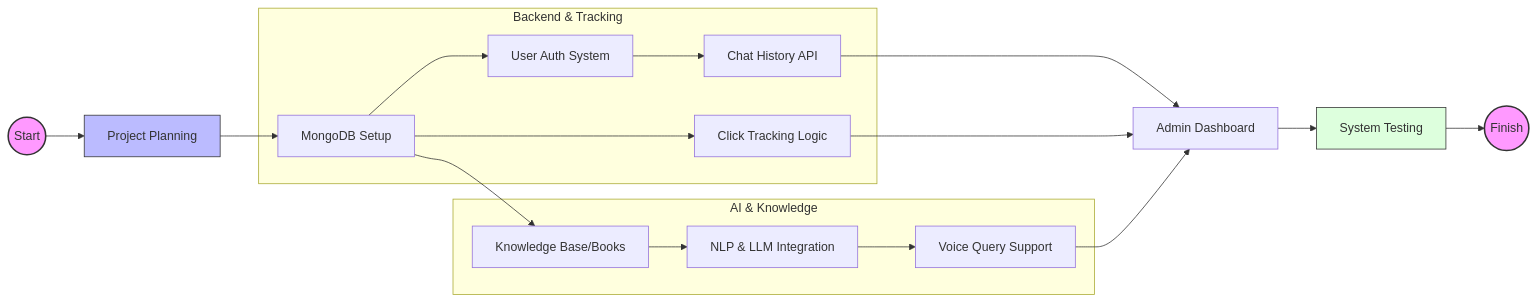
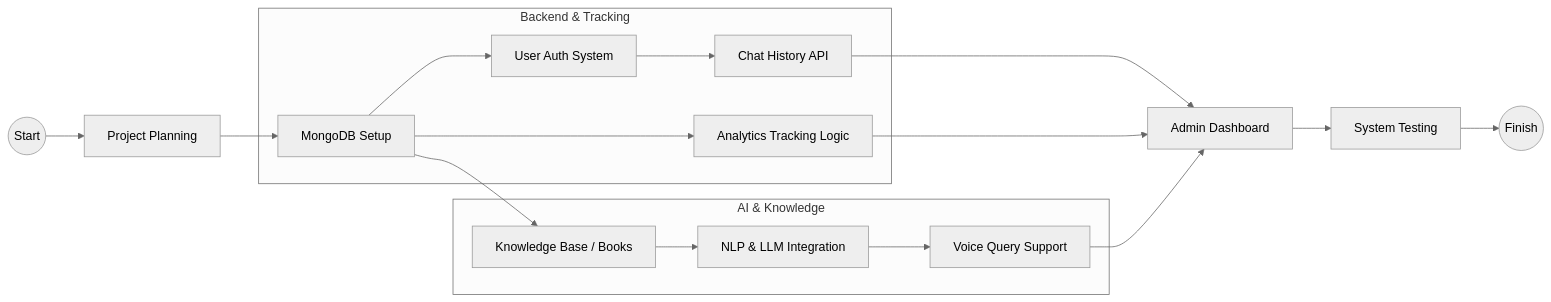
The diagram in MCA_Synopsis-diagram/REPORT/PERT/PERT_CHART.mmd (Rohitprj/Problem-Solving), drawn with Mermaid before and after one commit. The commit also changed 13 other files, not shown here.

First line of the commit message:
Add Use Case Diagram for Spiritual AI Chat Bot System

```diff
--- a/MCA_Synopsis-diagram/REPORT/PERT/PERT_CHART.mmd
+++ b/MCA_Synopsis-diagram/REPORT/PERT/PERT_CHART.mmd
@@ -1,34 +1,58 @@
+%% graph LR
+%%     %% Start Node
+%%     START((Start)) --> PLAN[Project Planning]
+    
+%%     %% Planning to Database
+%%     PLAN --> DB[MongoDB Setup]
+    
+%%     %% Parallel Development Paths
+%%     subgraph Development_Module [Backend & Tracking]
+%%     DB --> AUTH[User Auth System]
+%%     DB --> CLICK[Click Tracking Logic]
+%%     AUTH --> CHAT_API[Chat History API]
+%%     end
+
+%%     subgraph AI_Engine [AI & Knowledge]
+%%     DB --> KB[Knowledge Base/Books]
+%%     KB --> NLP[NLP & LLM Integration]
+%%     NLP --> VOICE[Voice Query Support]
+%%     end
+
+%%     %% Consolidation into Admin
+%%     CHAT_API --> ADMIN[Admin Dashboard]
+%%     CLICK --> ADMIN
+%%     VOICE --> ADMIN
+
+%%     %% Final Phases
+%%     ADMIN --> TEST[System Testing]
+%%     TEST --> END((Finish))
+
+%%     %% Styling
+%%     style START fill:#f9f,stroke:#333,stroke-width:2px
+%%     style END fill:#f9f,stroke:#333,stroke-width:2px
+%%     style PLAN fill:#bbf,stroke:#333
+%%     style TEST fill:#dfd,stroke:#333
+
+%%{init: {"theme":"neutral"}}%%
 graph LR
-    %% Start Node
     START((Start)) --> PLAN[Project Planning]
-    
-    %% Planning to Database
     PLAN --> DB[MongoDB Setup]
-    
-    %% Parallel Development Paths
+
     subgraph Development_Module [Backend & Tracking]
     DB --> AUTH[User Auth System]
-    DB --> CLICK[Click Tracking Logic]
+    DB --> TRACK[Analytics Tracking Logic]
     AUTH --> CHAT_API[Chat History API]
     end
 
     subgraph AI_Engine [AI & Knowledge]
-    DB --> KB[Knowledge Base/Books]
+    DB --> KB[Knowledge Base / Books]
     KB --> NLP[NLP & LLM Integration]
     NLP --> VOICE[Voice Query Support]
     end
 
-    %% Consolidation into Admin
     CHAT_API --> ADMIN[Admin Dashboard]
-    CLICK --> ADMIN
+    TRACK --> ADMIN
     VOICE --> ADMIN
 
-    %% Final Phases
     ADMIN --> TEST[System Testing]
     TEST --> END((Finish))
-
-    %% Styling
-    style START fill:#f9f,stroke:#333,stroke-width:2px
-    style END fill:#f9f,stroke:#333,stroke-width:2px
-    style PLAN fill:#bbf,stroke:#333
-    style TEST fill:#dfd,stroke:#333
```
